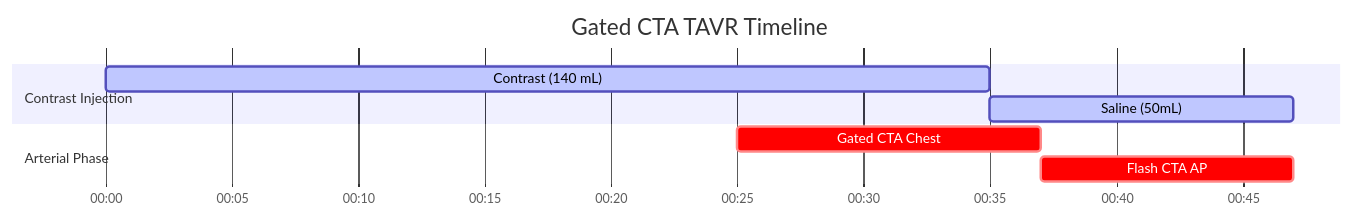
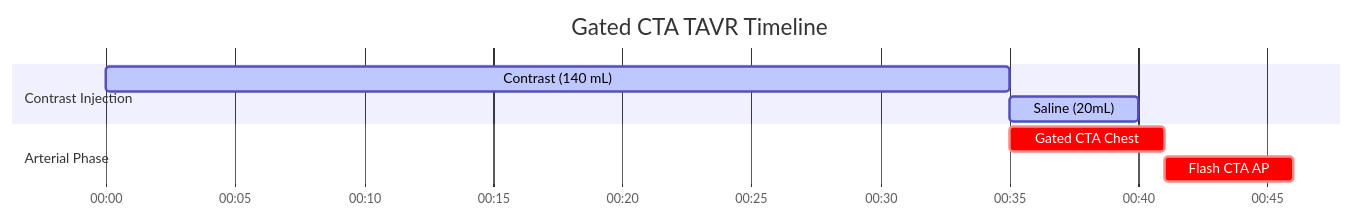
One commit to dfergs93/radiology-protocols changed the diagram in docs/ct/cardiac/gated-cta-tavr.md. Above: the diagram before and after it, drawn with Mermaid. The commit also changed other lines of this file and 113 other files, not shown here.

````diff
--- a/docs/ct/cardiac/gated-cta-tavr.md
+++ b/docs/ct/cardiac/gated-cta-tavr.md
@@ -84,18 +84,18 @@
   ```mermaid
   ---
   config:
     theme: default
   ---
     gantt
       title Gated CTA TAVR Timeline
       dateFormat mm:ss
       axisFormat %M:%S 
       
       section Contrast Injection
       Contrast (140 mL)    :active, contrast, 00:00, 35s
-      Saline (50mL)          :active, saline, after contrast, 12s
+      Saline (20mL)          :active, saline, after contrast, 5s
       section Arterial Phase
-      Gated CTA Chest    :crit, scan1, 00:25, 12s
+      Gated CTA Chest    :crit, scan1, after contrast, 6s
       section Arterial Phase
-      Flash CTA AP    :crit, scan2, after scan1, 10s
+      Flash CTA AP    :crit, scan2, after scan1, 5s
   ```
````
